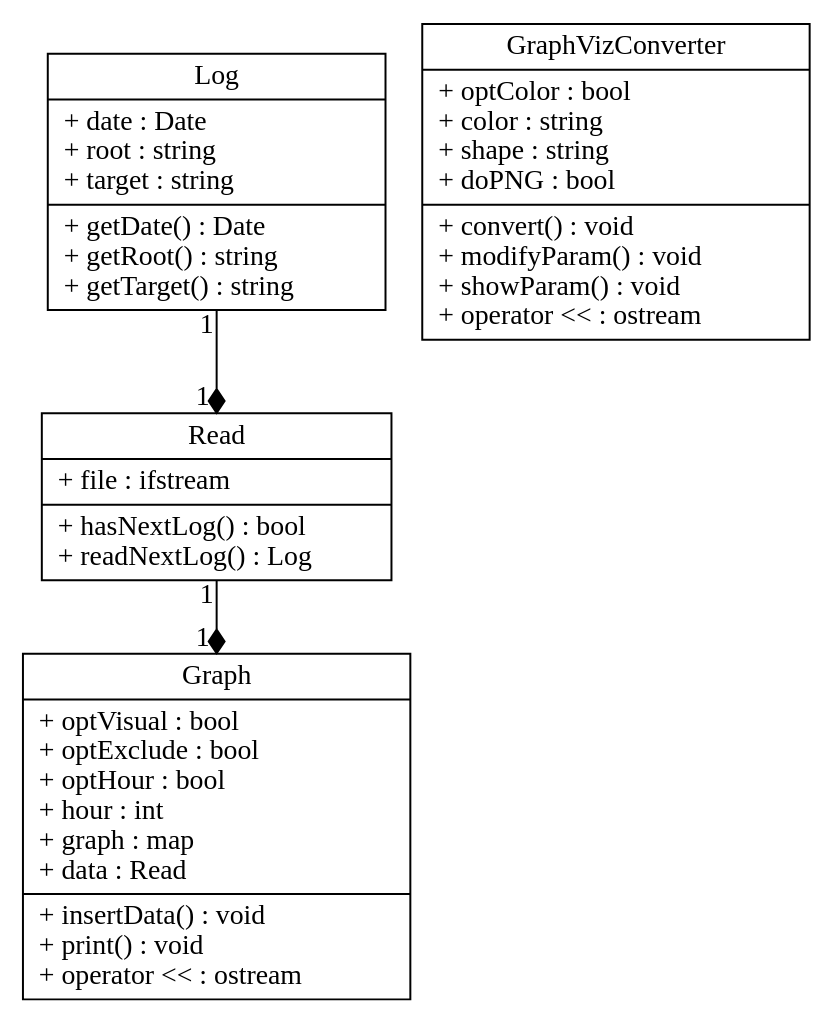
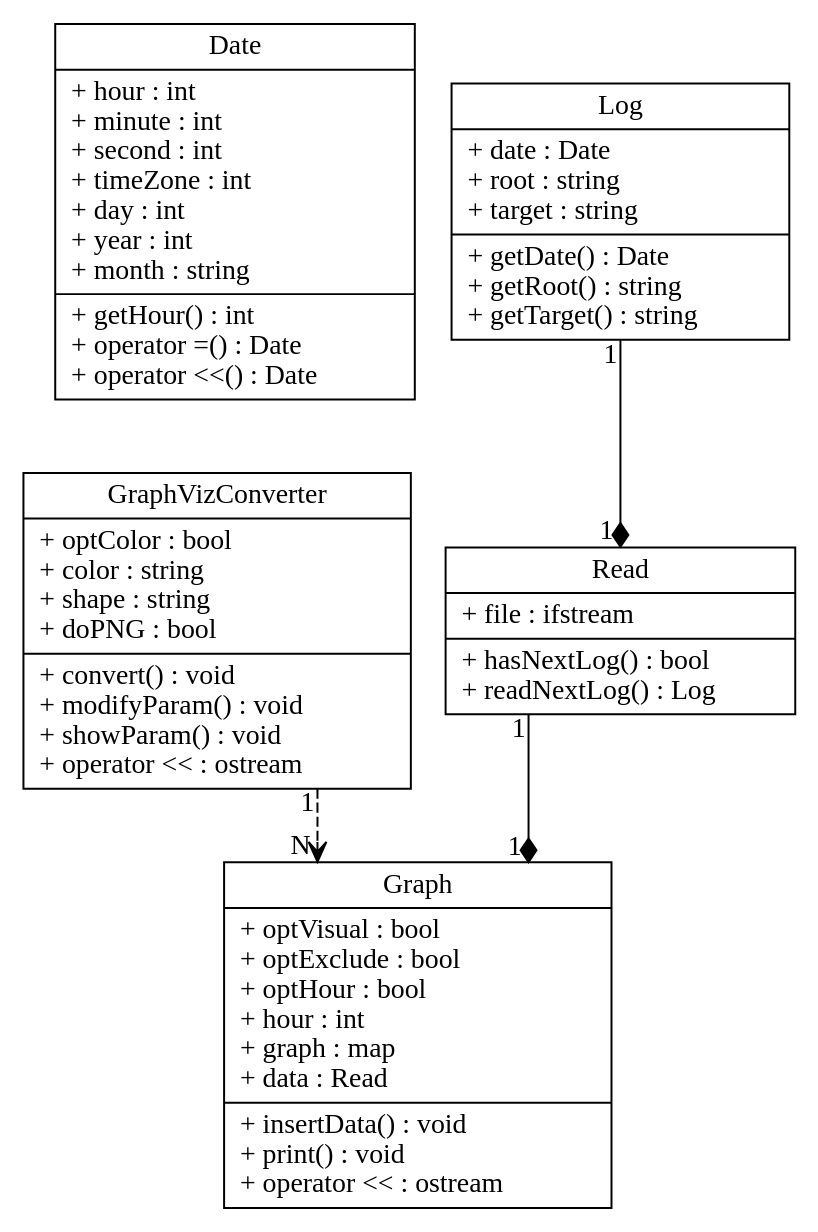
Before and after one commit to BuonOmo/Analogs: the diagram in doc/uml.dot, drawn with Graphviz. The commit also changed 34 other files, not shown here.

Commit message:
Ptits debug / avancée dans l’UML et ajourt des fichiers test

```diff
--- a/doc/uml.dot
+++ b/doc/uml.dot
@@ -1,87 +1,118 @@
 digraph UML
 {
+	splines=ortho
+
+	Date
+	[
+		label =
+			"{
+				Date
+			|
+				+ hour     : int\l
+		    	+ minute   : int\l
+		    	+ second   : int\l
+		    	+ timeZone : int\l
+		    	+ day      : int\l
+		    	+ year     : int\l
+		    	+ month    : string\l
+			|
+				+ getHour()     : int\l
+				+ operator =()  : Date\l
+				+ operator \<\<() : Date\l
+			}",
+		shape=record
+	]
+
 	Read
 	[
 		label =
 			"{
 				Read
 			|
 				+ file : ifstream\l
 			|
 				+ hasNextLog()  : bool\l
 				+ readNextLog() : Log\l
 			}",
 		shape=record
 	]
 
 	Log
 	[
 		label =
 			"{
 				Log
 			|
 				+ date   : Date\l
 				+ root   : string\l
 				+ target : string\l
 
 			|
 				+ getDate()   : Date\l
 				+ getRoot()   : string\l
 				+ getTarget() : string\l
 			}",
 		shape=record
 	]
 
 	Graph1
 	[
 		label =
 			"{
 				Graph
 			|
 				+ optVisual  : bool \l
 				+ optExclude : bool\l
 				+ optHour    : bool\l
 				+ hour       : int\l
 				+ graph      : map\l
 				+ data       : Read\l
 			|
 				+ insertData()  : void\l
 				+ print()       : void\l
 				+ operator \<\< : ostream\l
 			}",
 		shape=record
 	]
 
 	GraphVizConverter
 	[
 		label =
 			"{
 				GraphVizConverter
 			|
 				+ optColor : bool \l
 				+ color    : string\l
 				+ shape    : string\l
 				+ doPNG    : bool\l
 			|
 				+ convert()     : void\l
 				+ modifyParam() : void\l
 				+ showParam()   : void\l
 				+ operator \<\< : ostream\l
 			}",
 		shape=record
 	]
 
 	Log -> Read
 	[
 		arrowhead=diamond,
 		taillabel=1,
 		headlabel="1 "
 	]
 
 	Read -> Graph1
 	[
 		arrowhead=diamond,
 		taillabel=1,
 		headlabel="1 "
 	]
+
+	GraphVizConverter -> Graph1
+	[
+		arrowhead=vee,
+		taillabel="1",
+		headlabel="N ",
+		style=dashed
+	]
 }
```
